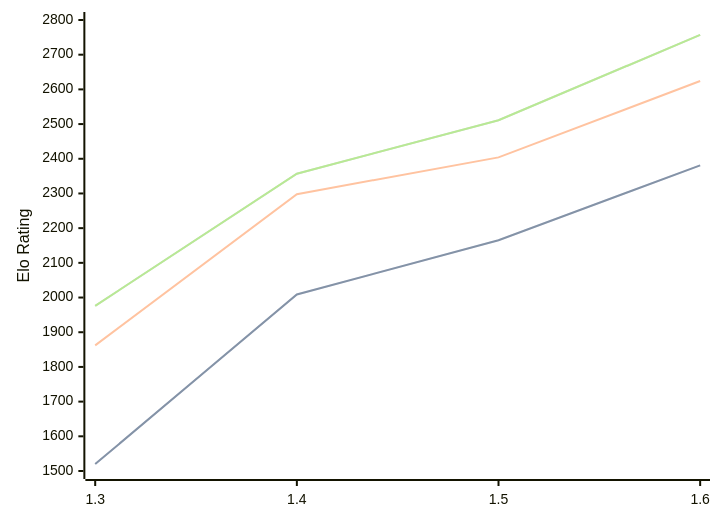
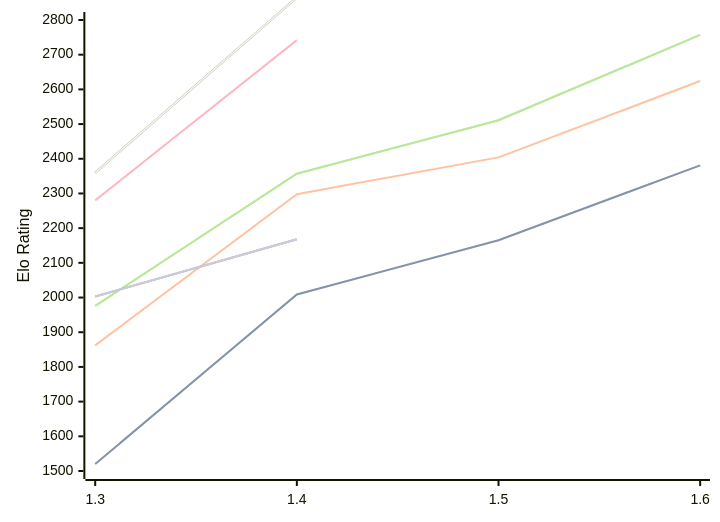
One commit to computer-chess-index/cci changed the diagram in engines/Facon.md. Above: the diagram before and after it, drawn with Mermaid. The commit also changed other lines of this file, not shown here.

Commit message:
Update CCI Ratings (ELO VLTC) - 2026-10-11

````diff
--- a/engines/Facon.md
+++ b/engines/Facon.md
@@ -50,11 +51,16 @@
 ```mermaid
 %%{init: {"theme":"base","themeVariables":{"seriesColors:['#a3a3a3','#222221','#faa371']}}}%%
 xychart-beta
   x-axis ["1.3", "1.4", "1.5", "1.6"]
   y-axis "Elo Rating" 1500 --> 2800
   line "" [1520, 2009, 2165, 2381]
-  line "STC (8.0+0.08s)" [1520, 2009, 2165, 2381]
-  line "LTC (60.0+0.60s)" [1862, 2298, 2404, 2624]
+  line "T1: STC (8.0+0.08s)" [1520, 2009, 2165, 2381]
+  line "T1: LTC (60.0+0.60s)" [1862, 2298, 2404, 2624]
   line "" [1976, 2357, 2511, 2757]
-  line "VLTC (2m24s+1.12s)" [1976, 2357, 2511, 2757]
+  line "T1: VLTC (2m24s+1.12s)" [1976, 2357, 2511, 2757]
+  line "" [2003, 2168]
+  line "E1: STC (8.0+0.08s)" [2003, 2168]
+  line "E1: LTC (60.0+0.60s)" [2280, 2742]
+  line "" [2360, 2865]
+  line "E1: VLTC (2m24s+1.12s)" [2360, 2865]
 ```
````
